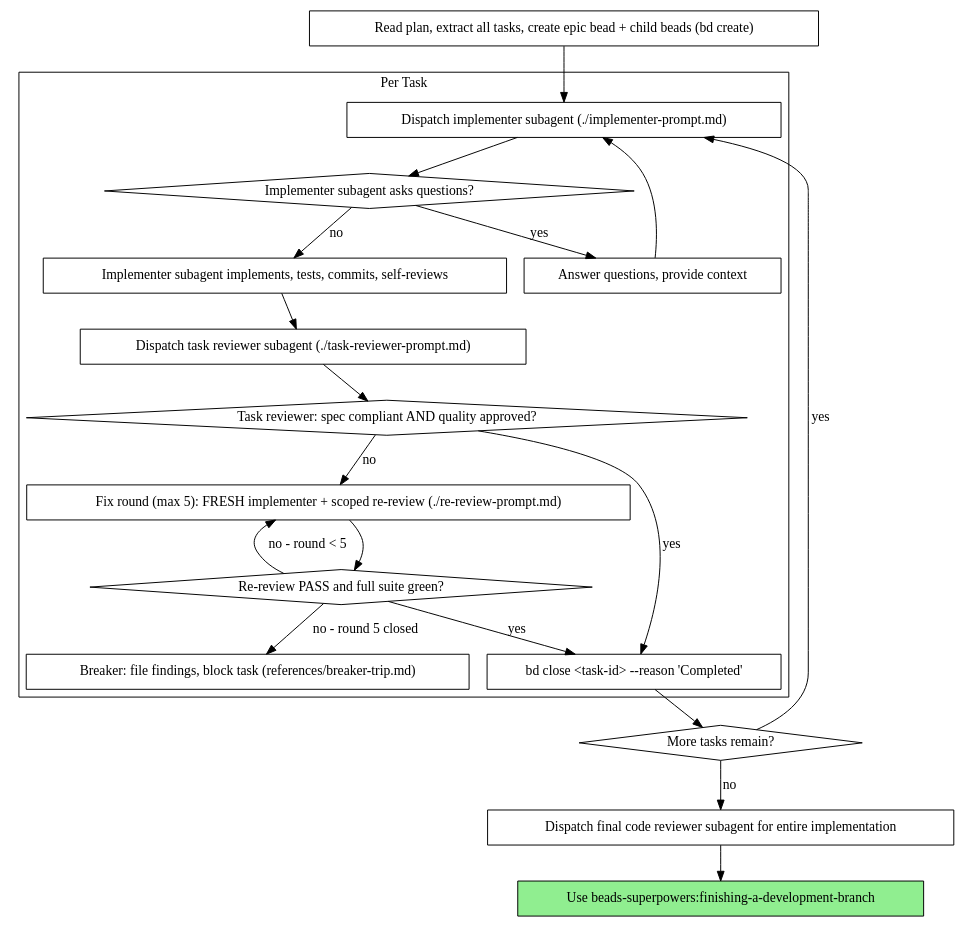
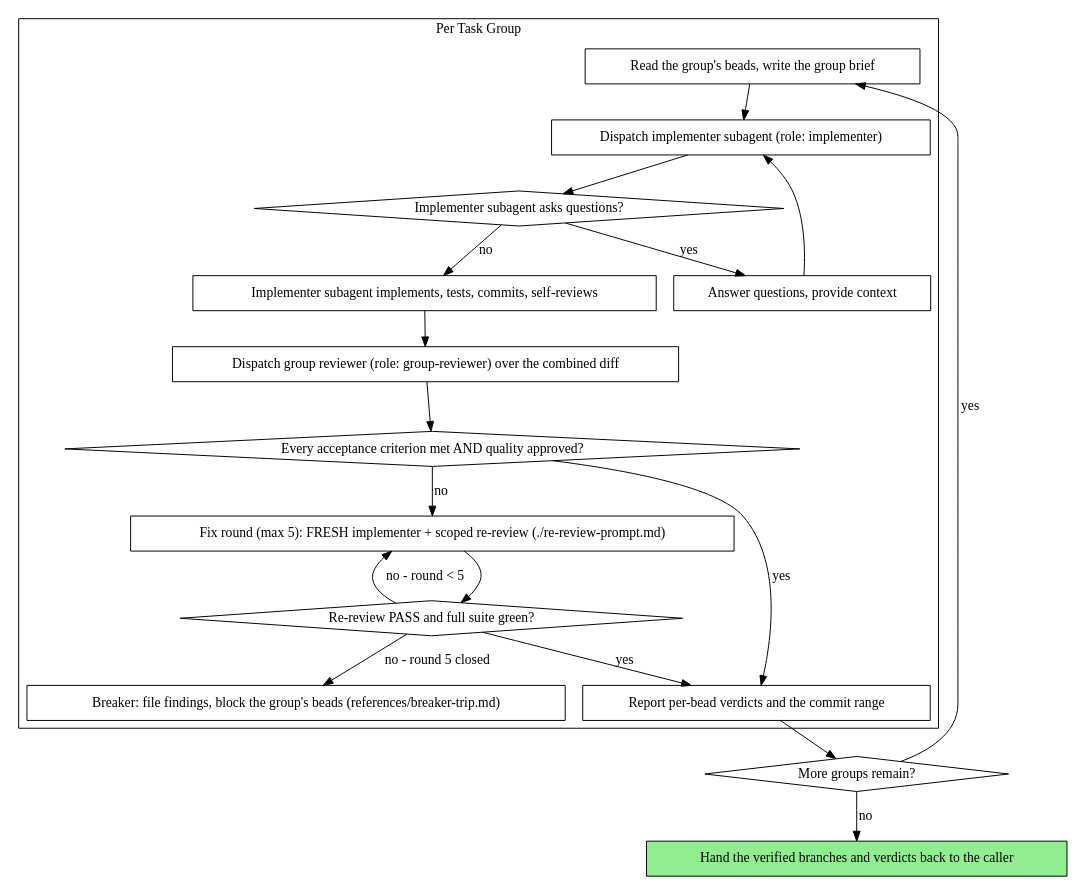
One commit to strider4560/beads-superpowers changed the diagram in skills/subagent-driven-development/SKILL.md. Above: the diagram before and after it, drawn with Graphviz. The commit also changed other lines of this file and 4 other files, not shown here.

First line of the commit message:
feat: SDD becomes the group task engine (beads-superpowers-0qx)

````diff
--- a/skills/subagent-driven-development/SKILL.md
+++ b/skills/subagent-driven-development/SKILL.md
@@ -55,42 +46,40 @@
 ```dot
-digraph process {
+digraph group_engine {
     rankdir=TB;
 
-    subgraph cluster_per_task {
-        label="Per Task";
-        "Dispatch implementer subagent (./implementer-prompt.md)" [shape=box];
+    subgraph cluster_per_group {
+        label="Per Task Group";
+        "Read the group's beads, write the group brief" [shape=box];
+        "Dispatch implementer subagent (role: implementer)" [shape=box];
         "Implementer subagent asks questions?" [shape=diamond];
         "Answer questions, provide context" [shape=box];
         "Implementer subagent implements, tests, commits, self-reviews" [shape=box];
-        "Dispatch task reviewer subagent (./task-reviewer-prompt.md)" [shape=box];
-        "Task reviewer: spec compliant AND quality approved?" [shape=diamond];
+        "Dispatch group reviewer (role: group-reviewer) over the combined diff" [shape=box];
+        "Every acceptance criterion met AND quality approved?" [shape=diamond];
         "Fix round (max 5): FRESH implementer + scoped re-review (./re-review-prompt.md)" [shape=box];
         "Re-review PASS and full suite green?" [shape=diamond];
-        "Breaker: file findings, block task (references/breaker-trip.md)" [shape=box];
-        "bd close <task-id> --reason 'Completed'" [shape=box];
+        "Breaker: file findings, block the group's beads (references/breaker-trip.md)" [shape=box];
+        "Report per-bead verdicts and the commit range" [shape=box];
     }
 
-    "Read plan, extract all tasks, create epic bead + child beads (bd create)" [shape=box];
-    "More tasks remain?" [shape=diamond];
-    "Dispatch final code reviewer subagent for entire implementation" [shape=box];
-    "Use beads-superpowers:finishing-a-development-branch" [shape=box style=filled fillcolor=lightgreen];
+    "More groups remain?" [shape=diamond];
+    "Hand the verified branches and verdicts back to the caller" [shape=box style=filled fillcolor=lightgreen];
 
-    "Read plan, extract all tasks, create epic bead + child beads (bd create)" -> "Dispatch implementer subagent (./implementer-prompt.md)";
-    "Dispatch implementer subagent (./implementer-prompt.md)" -> "Implementer subagent asks questions?";
+    "Read the group's beads, write the group brief" -> "Dispatch implementer subagent (role: implementer)";
+    "Dispatch implementer subagent (role: implementer)" -> "Implementer subagent asks questions?";
     "Implementer subagent asks questions?" -> "Answer questions, provide context" [label="yes"];
-    "Answer questions, provide context" -> "Dispatch implementer subagent (./implementer-prompt.md)";
+    "Answer questions, provide context" -> "Dispatch implementer subagent (role: implementer)";
     "Implementer subagent asks questions?" -> "Implementer subagent implements, tests, commits, self-reviews" [label="no"];
-    "Implementer subagent implements, tests, commits, self-reviews" -> "Dispatch task reviewer subagent (./task-reviewer-prompt.md)";
-    "Dispatch task reviewer subagent (./task-reviewer-prompt.md)" -> "Task reviewer: spec compliant AND quality approved?";
-    "Task reviewer: spec compliant AND quality approved?" -> "Fix round (max 5): FRESH implementer + scoped re-review (./re-review-prompt.md)" [label="no"];
+    "Implementer subagent implements, tests, commits, self-reviews" -> "Dispatch group reviewer (role: group-reviewer) over the combined diff";
+    "Dispatch group reviewer (role: group-reviewer) over the combined diff" -> "Every acceptance criterion met AND quality approved?";
+    "Every acceptance criterion met AND quality approved?" -> "Fix round (max 5): FRESH implementer + scoped re-review (./re-review-prompt.md)" [label="no"];
     "Fix round (max 5): FRESH implementer + scoped re-review (./re-review-prompt.md)" -> "Re-review PASS and full suite green?";
-    "Re-review PASS and full suite green?" -> "bd close <task-id> --reason 'Completed'" [label="yes"];
+    "Re-review PASS and full suite green?" -> "Report per-bead verdicts and the commit range" [label="yes"];
     "Re-review PASS and full suite green?" -> "Fix round (max 5): FRESH implementer + scoped re-review (./re-review-prompt.md)" [label="no - round < 5"];
-    "Re-review PASS and full suite green?" -> "Breaker: file findings, block task (references/breaker-trip.md)" [label="no - round 5 closed"];
-    "Task reviewer: spec compliant AND quality approved?" -> "bd close <task-id> --reason 'Completed'" [label="yes"];
-    "bd close <task-id> --reason 'Completed'" -> "More tasks remain?";
-    "More tasks remain?" -> "Dispatch implementer subagent (./implementer-prompt.md)" [label="yes"];
-    "More tasks remain?" -> "Dispatch final code reviewer subagent for entire implementation" [label="no"];
-    "Dispatch final code reviewer subagent for entire implementation" -> "Use beads-superpowers:finishing-a-development-branch";
+    "Re-review PASS and full suite green?" -> "Breaker: file findings, block the group's beads (references/breaker-trip.md)" [label="no - round 5 closed"];
+    "Every acceptance criterion met AND quality approved?" -> "Report per-bead verdicts and the commit range" [label="yes"];
+    "Report per-bead verdicts and the commit range" -> "More groups remain?";
+    "More groups remain?" -> "Read the group's beads, write the group brief" [label="yes"];
+    "More groups remain?" -> "Hand the verified branches and verdicts back to the caller" [label="no"];
 }
 ```
````
